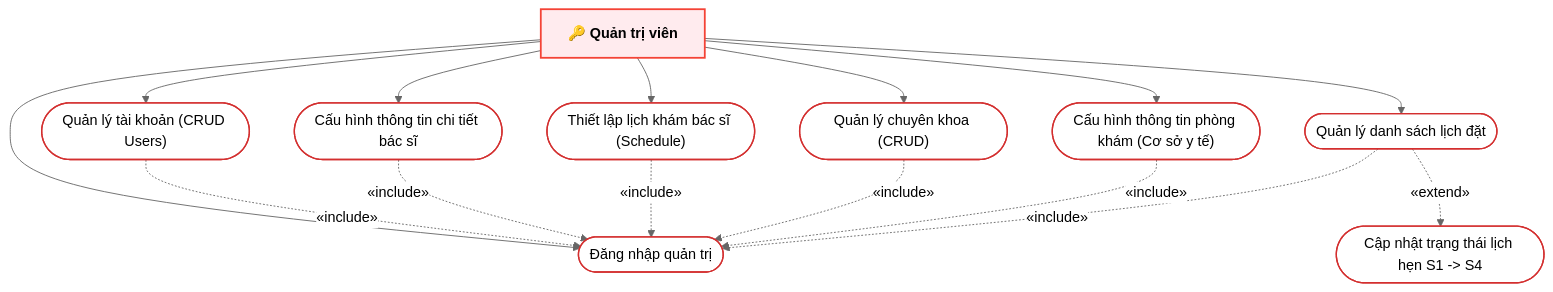
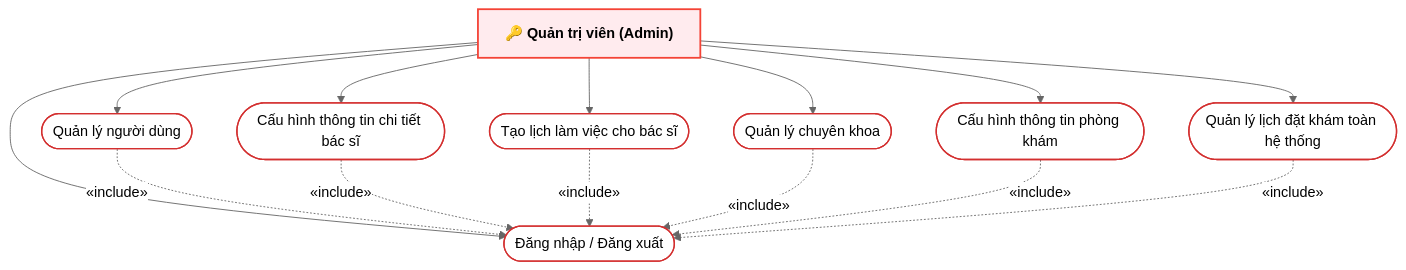
Before and after one commit to Hius22/HeathCare-: the fourth of 4 diagrams in HE_THONG_USECASE.md, drawn with Mermaid (neutral theme). The commit also changed other lines of this file and 6 other files, not shown here.

````diff
--- a/HE_THONG_USECASE.md
+++ b/HE_THONG_USECASE.md
@@ -227,40 +245,37 @@
 ```mermaid
 graph TB
-    Admin["🔑 Quản trị viên"]
+    Admin["🔑 Quản trị viên (Admin)"]
     
     classDef actorAdmin fill:#ffebee,stroke:#f44336,stroke-width:2px,font-weight:bold;
     classDef usecase fill:#ffffff,stroke:#d32f2f,stroke-width:1.5px,shape:stadium;
     class Admin actorAdmin;
 
-    uc_login(["Đăng nhập quản trị"])
+    uc_auth(["Đăng nhập / Đăng xuất"])
     
-    uc_crud_user(["Quản lý tài khoản (CRUD Users)"])
-    uc_set_doctor(["Cấu hình thông tin chi tiết bác sĩ"])
-    uc_set_schedule(["Thiết lập lịch khám bác sĩ (Schedule)"])
+    uc_users(["Quản lý người dùng"])
+    uc_config_doc(["Cấu hình thông tin chi tiết bác sĩ"])
+    uc_schedule(["Tạo lịch làm việc cho bác sĩ"])
     
-    uc_crud_spec(["Quản lý chuyên khoa (CRUD)"])
-    uc_config_clinic(["Cấu hình thông tin phòng khám (Cơ sở y tế)"])
+    uc_specialty(["Quản lý chuyên khoa"])
+    uc_clinic(["Cấu hình thông tin phòng khám"])
     
-    uc_manage_booking(["Quản lý danh sách lịch đặt"])
-    uc_update_status(["Cập nhật trạng thái lịch hẹn S1 -> S4"])
+    uc_manage_booking(["Quản lý lịch đặt khám toàn hệ thống"])
 
-    class uc_login,uc_crud_user,uc_set_doctor,uc_set_schedule,uc_crud_spec,uc_config_clinic,uc_manage_booking,uc_update_status usecase;
+    class uc_auth,uc_users,uc_config_doc,uc_schedule,uc_specialty,uc_clinic,uc_manage_booking usecase;
 
-    Admin --> uc_login
-    Admin --> uc_crud_user
-    Admin --> uc_set_doctor
-    Admin --> uc_set_schedule
-    Admin --> uc_crud_spec
-    Admin --> uc_config_clinic
+    Admin --> uc_auth
+    Admin --> uc_users
+    Admin --> uc_config_doc
+    Admin --> uc_schedule
+    Admin --> uc_specialty
+    Admin --> uc_clinic
     Admin --> uc_manage_booking
 
     %% Relations
-    uc_crud_user -.->|&laquo;include&raquo;| uc_login
-    uc_set_doctor -.->|&laquo;include&raquo;| uc_login
-    uc_set_schedule -.->|&laquo;include&raquo;| uc_login
-    uc_crud_spec -.->|&laquo;include&raquo;| uc_login
-    uc_config_clinic -.->|&laquo;include&raquo;| uc_login
-    uc_manage_booking -.->|&laquo;include&raquo;| uc_login
-    
-    uc_manage_booking -.->|&laquo;extend&raquo;| uc_update_status
+    uc_users -.->|&laquo;include&raquo;| uc_auth
+    uc_config_doc -.->|&laquo;include&raquo;| uc_auth
+    uc_schedule -.->|&laquo;include&raquo;| uc_auth
+    uc_specialty -.->|&laquo;include&raquo;| uc_auth
+    uc_clinic -.->|&laquo;include&raquo;| uc_auth
+    uc_manage_booking -.->|&laquo;include&raquo;| uc_auth
 ```
````
